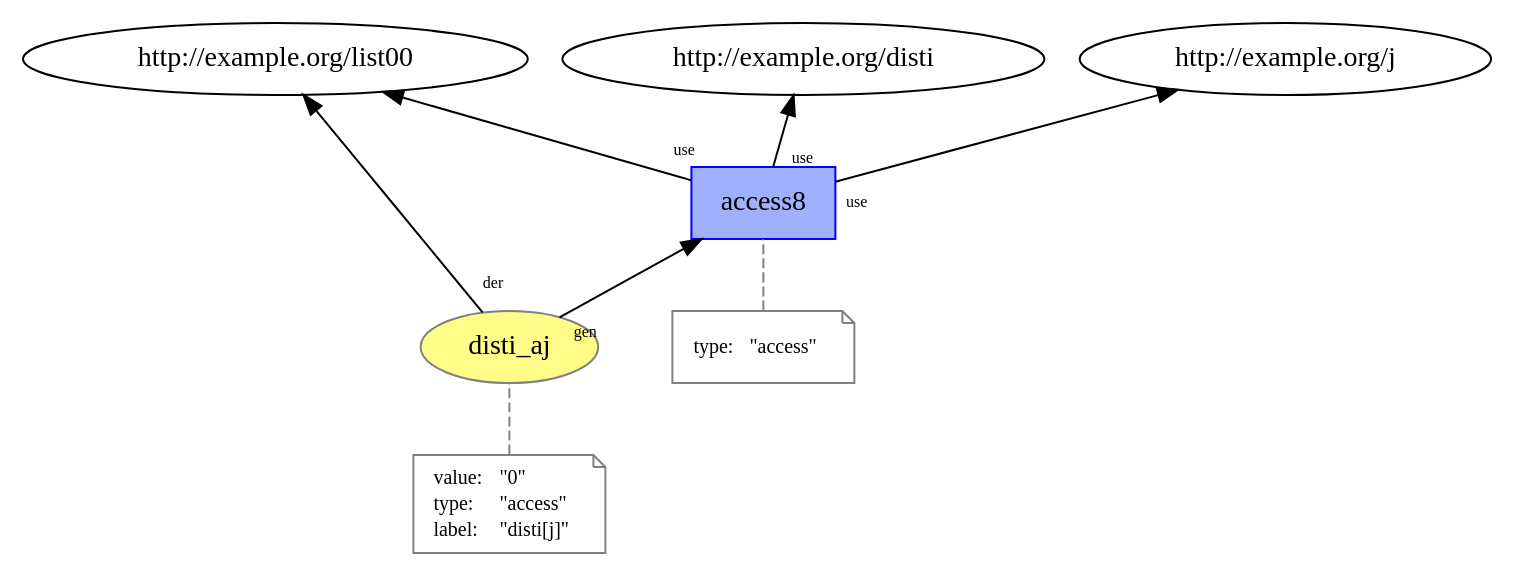
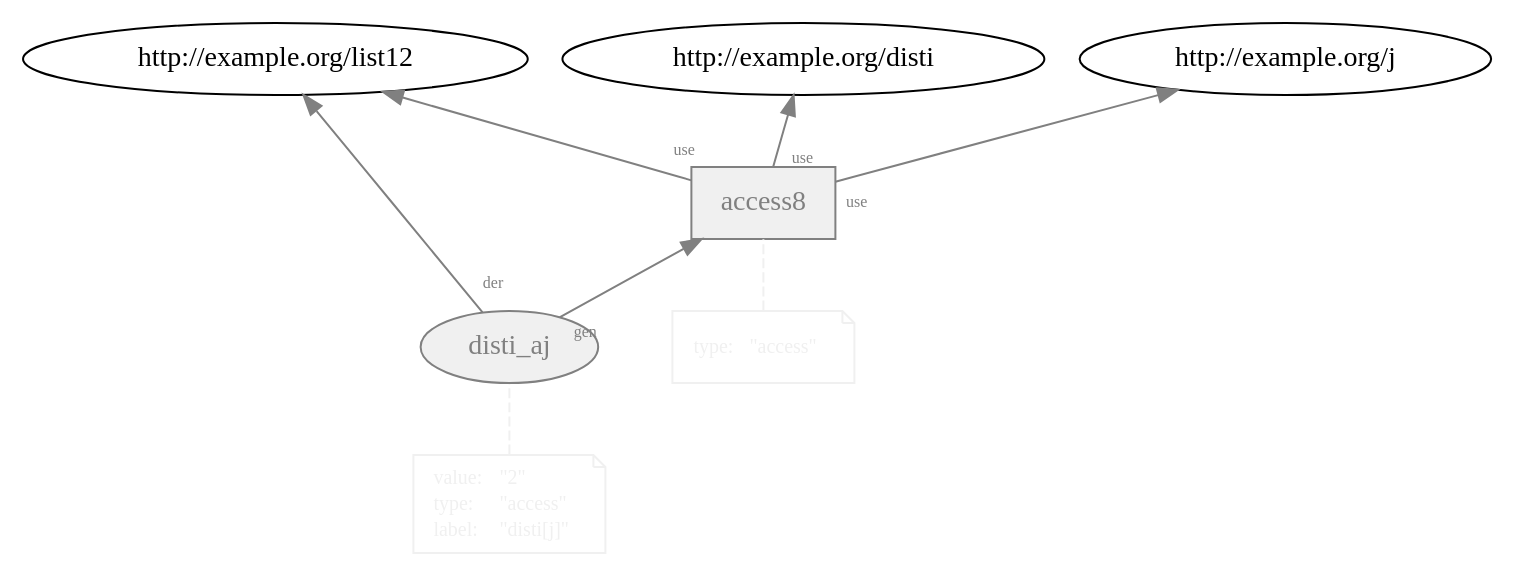
The diagram in images/plain_prov/temp/L15__access.dot (dew-uff/versioned-prov), drawn with Graphviz before and after one commit. The commit also changed 390 other files, not shown here.

```diff
--- a/images/plain_prov/temp/L15__access.dot
+++ b/images/plain_prov/temp/L15__access.dot
@@ -1,31 +1,31 @@
 digraph "PROV" { size="16,12"; rankdir="BT";
-"http://example.org/disti_aj" [fillcolor="#FFFC87",color="#808080",style="filled",label="disti_aj",URL="http://example.org/disti_aj"]
-"-attrs0" [color="gray",shape="note",fontsize="10",fontcolor="black",label=<<TABLE cellpadding="0" border="0">
+"http://example.org/disti_aj" [fillcolor="#F0F0F0",color="gray",style="filled",label="disti_aj",URL="http://example.org/disti_aj",fontcolor="gray"]
+"-attrs0" [color="#F0F0F0",shape="note",fontsize="10",fontcolor="black",label=<<TABLE cellpadding="0" border="0">
 	<TR>
-	    <TD align="left">value:</TD>
-	    <TD align="left">&quot;0&quot;</TD>
+	    <TD align="left"><font color="#F0F0F0">value:</font></TD>
+	    <TD align="left"><font color="#F0F0F0">&quot;2&quot;</font></TD>
 	</TR>
 	<TR>
-	    <TD align="left">type:</TD>
-	    <TD align="left">&quot;access&quot;</TD>
+	    <TD align="left"><font color="#F0F0F0">type:</font></TD>
+	    <TD align="left"><font color="#F0F0F0">&quot;access&quot;</font></TD>
 	</TR>
 	<TR>
-	    <TD align="left">label:</TD>
-	    <TD align="left">&quot;disti[j]&quot;</TD>
+	    <TD align="left"><font color="#F0F0F0">label:</font></TD>
+	    <TD align="left"><font color="#F0F0F0">&quot;disti[j]&quot;</font></TD>
 	</TR>
 </TABLE>>]
-"-attrs0" -> "http://example.org/disti_aj" [color="gray",style="dashed",arrowhead="none"]
-"http://example.org/access8" [fillcolor="#9FB1FC",color="#0000FF",shape="polygon",sides="4",style="filled",label="access8",URL="http://example.org/access8"]
-"-attrs1" [color="gray",shape="note",fontsize="10",fontcolor="black",label=<<TABLE cellpadding="0" border="0">
+"-attrs0" -> "http://example.org/disti_aj" [color="#F0F0F0",style="dashed",arrowhead="none"]
+"http://example.org/access8" [fillcolor="#F0F0F0",color="gray",shape="polygon",sides="4",style="filled",label="access8",URL="http://example.org/access8",fontcolor="gray"]
+"-attrs1" [color="#F0F0F0",shape="note",fontsize="10",fontcolor="black",label=<<TABLE cellpadding="0" border="0">
 	<TR>
-	    <TD align="left">type:</TD>
-	    <TD align="left">&quot;access&quot;</TD>
+	    <TD align="left"><font color="#F0F0F0">type:</font></TD>
+	    <TD align="left"><font color="#F0F0F0">&quot;access&quot;</font></TD>
 	</TR>
 </TABLE>>]
-"-attrs1" -> "http://example.org/access8" [color="gray",style="dashed",arrowhead="none"]
-"http://example.org/access8" -> "http://example.org/list00" [labelfontsize="8",labeldistance="1.5",labelangle="60.0",rotation="20",taillabel="use"]
-"http://example.org/disti_aj" -> "http://example.org/list00" [labelfontsize="8",labeldistance="1.5",labelangle="60.0",rotation="20",taillabel="der"]
-"http://example.org/disti_aj" -> "http://example.org/access8" [labelfontsize="8",labeldistance="1.5",labelangle="60.0",rotation="20",taillabel="gen"]
-"http://example.org/access8" -> "http://example.org/disti" [labelfontsize="8",labeldistance="1.5",labelangle="60.0",rotation="20",taillabel="use"]
-"http://example.org/access8" -> "http://example.org/j" [labelfontsize="8",labeldistance="1.5",labelangle="60.0",rotation="20",taillabel="use"]
+"-attrs1" -> "http://example.org/access8" [color="#F0F0F0",style="dashed",arrowhead="none"]
+"http://example.org/access8" -> "http://example.org/list12" [labelfontsize="8",labeldistance="1.5",color="gray",labelangle="60.0",rotation="20",taillabel="use",fontcolor="gray"]
+"http://example.org/disti_aj" -> "http://example.org/list12" [labelfontsize="8",labeldistance="1.5",color="gray",labelangle="60.0",rotation="20",taillabel="der",fontcolor="gray"]
+"http://example.org/disti_aj" -> "http://example.org/access8" [labelfontsize="8",labeldistance="1.5",color="gray",labelangle="60.0",rotation="20",taillabel="gen",fontcolor="gray"]
+"http://example.org/access8" -> "http://example.org/disti" [labelfontsize="8",labeldistance="1.5",color="gray",labelangle="60.0",rotation="20",taillabel="use",fontcolor="gray"]
+"http://example.org/access8" -> "http://example.org/j" [labelfontsize="8",labeldistance="1.5",color="gray",labelangle="60.0",rotation="20",taillabel="use",fontcolor="gray"]
 }
```
